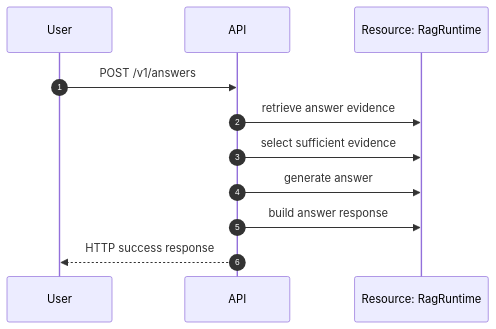
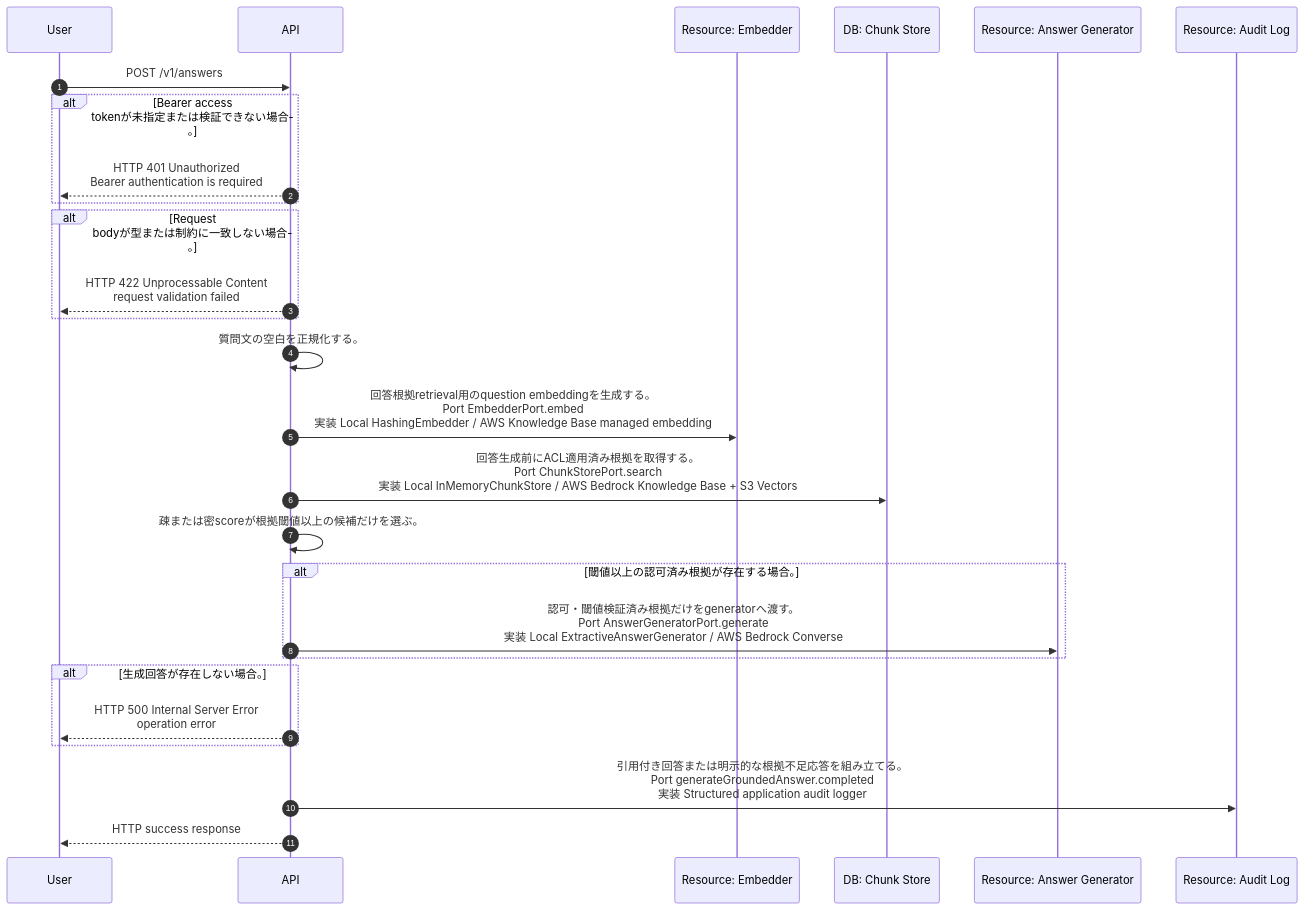
The diagram in docs/spec/40.apis/answers/generate_grounded_answer/sequence_gen.md (tsuji-tomonori/rag-sample), drawn with Mermaid before and after one commit. The commit also changed 60 other files, not shown here.

Commit message:
♻️ refactor(api): 実装由来のDB・resource sequence生成へ刷新

````diff
--- a/docs/spec/40.apis/answers/generate_grounded_answer/sequence_gen.md
+++ b/docs/spec/40.apis/answers/generate_grounded_answer/sequence_gen.md
@@ -5,13 +5,29 @@
 ```mermaid
 sequenceDiagram
   autonumber
   participant User as User
   participant API as API
-  participant RAG as Resource: RagRuntime
+  participant R_embedder as Resource: Embedder
+  participant DB as DB: Chunk Store
+  participant R_answer_generator as Resource: Answer Generator
+  participant R_audit_log as Resource: Audit Log
   User->>API: POST /v1/answers
-  API->>RAG: retrieve answer evidence
-  API->>RAG: select sufficient evidence
-  API->>RAG: generate answer
-  API->>RAG: build answer response
+  alt Bearer access tokenが未指定または検証できない場合。
+    API-->>User: HTTP 401 Unauthorized<br/>Bearer authentication is required
+  end
+  alt Request bodyが型または制約に一致しない場合。
+    API-->>User: HTTP 422 Unprocessable Content<br/>request validation failed
+  end
+  API->>API: 質問文の空白を正規化する。
+  API->>R_embedder: 回答根拠retrieval用のquestion embeddingを生成する。<br/>Port EmbedderPort.embed<br/>実装 Local HashingEmbedder / AWS Knowledge Base managed embedding
+  API->>DB: 回答生成前にACL適用済み根拠を取得する。<br/>Port ChunkStorePort.search<br/>実装 Local InMemoryChunkStore / AWS Bedrock Knowledge Base + S3 Vectors
+  API->>API: 疎または密scoreが根拠閾値以上の候補だけを選ぶ。
+  alt 閾値以上の認可済み根拠が存在する場合。
+    API->>R_answer_generator: 認可・閾値検証済み根拠だけをgeneratorへ渡す。<br/>Port AnswerGeneratorPort.generate<br/>実装 Local ExtractiveAnswerGenerator / AWS Bedrock Converse
+  end
+  alt 生成回答が存在しない場合。
+    API-->>User: HTTP 500 Internal Server Error<br/>operation error
+  end
+  API->>R_audit_log: 引用付き回答または明示的な根拠不足応答を組み立てる。<br/>Port generateGroundedAnswer.completed<br/>実装 Structured application audit logger
   API-->>User: HTTP success response
 ```
````
